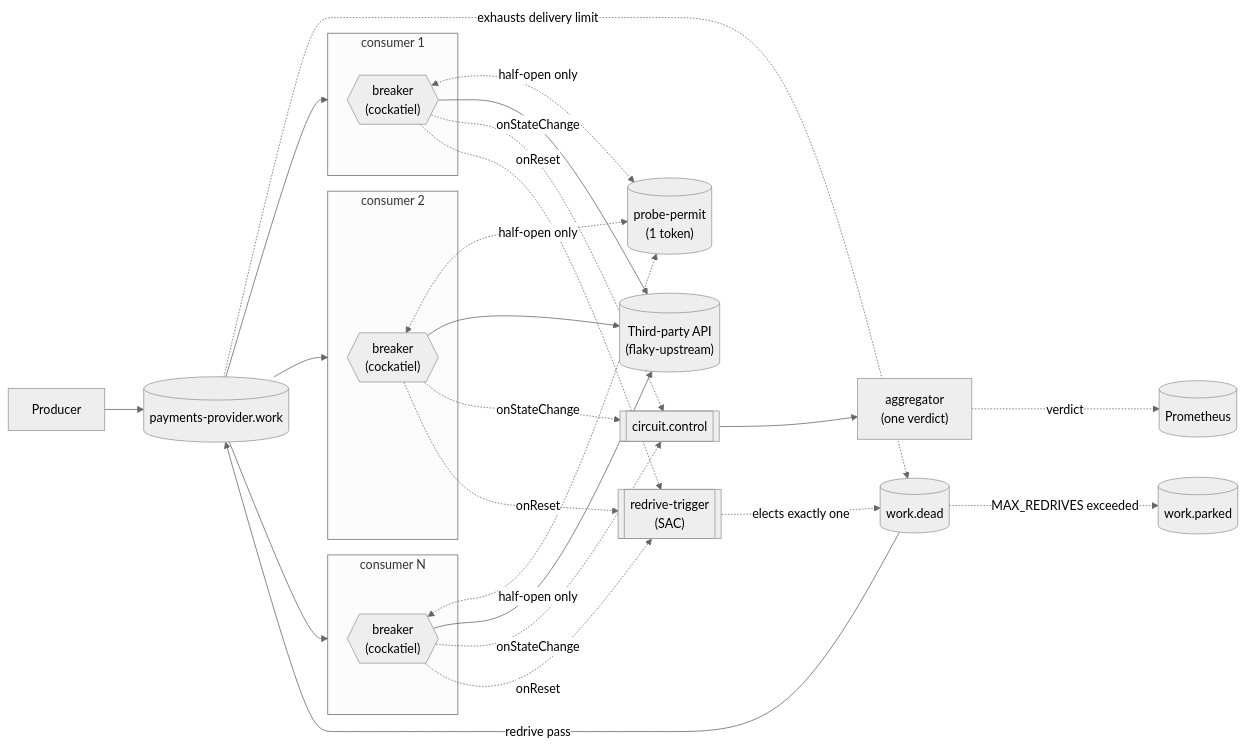
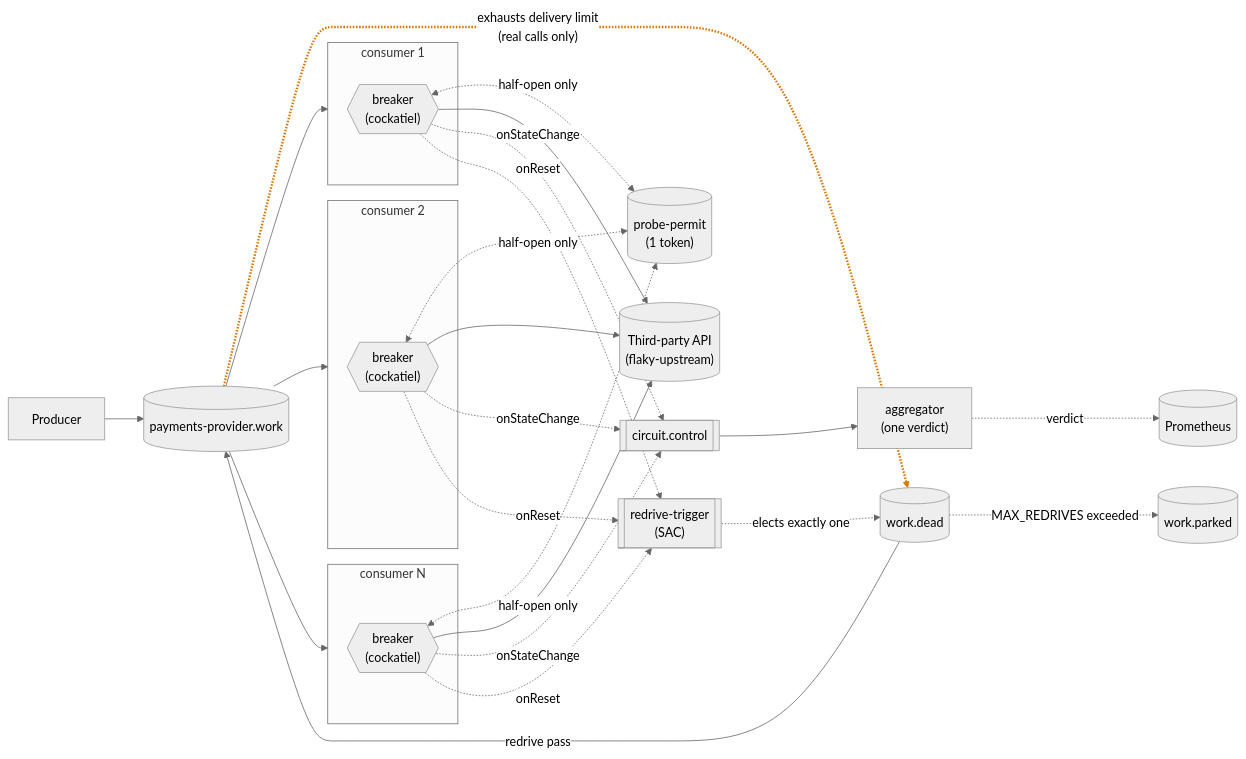
One commit to lsfera/circuit-breaker-unboxing changed the diagram in README.md. Above: the diagram before and after it, drawn with Mermaid (neutral theme). The commit also changed other lines of this file, not shown here.

Commit message:
Colour what this branch changes in the README diagram
Nothing new appears on 06, which is why its diagram was identical to 05's: the change is that a turned-away message no longer spends the delivery budget. The dead-letter edge now says so ("real calls only") and is amber, with a one-line key under the diagram.

````diff
--- a/README.md
+++ b/README.md
@@ -15,40 +15,42 @@
 ```mermaid
 flowchart LR
   producer["Producer"] --> queue[("payments-provider.work")]
   permit[("probe-permit\n(1 token)")]
   control[["circuit.control"]]
   aggregator["aggregator\n(one verdict)"]
   dead[("work.dead")]
   parked[("work.parked")]
   rtrigger[["redrive-trigger\n(SAC)"]]
   subgraph c1["consumer 1"]
     b1{{"breaker\n(cockatiel)"}}
   end
   subgraph c2["consumer 2"]
     b2{{"breaker\n(cockatiel)"}}
   end
   subgraph c3["consumer N"]
     b3{{"breaker\n(cockatiel)"}}
   end
   queue --> c1
   queue --> c2
   queue --> c3
   b1 <-.->|"half-open only"| permit
   b2 <-.->|"half-open only"| permit
   b3 <-.->|"half-open only"| permit
   b1 --> api[("Third-party API\n(flaky-upstream)")]
   b2 --> api
   b3 --> api
   b1 -.->|"onStateChange"| control
   b2 -.->|"onStateChange"| control
   b3 -.->|"onStateChange"| control
   control --> aggregator
   aggregator -.->|"verdict"| prom[("Prometheus")]
-  queue -.->|"exhausts delivery limit"| dead
+  queue -.->|"exhausts delivery limit\n(real calls only)"| dead
   b1 -.->|"onReset"| rtrigger
   b2 -.->|"onReset"| rtrigger
   b3 -.->|"onReset"| rtrigger
   rtrigger -.->|"elects exactly one"| dead
   dead -->|"redrive pass"| queue
   dead -.->|"MAX_REDRIVES exceeded"| parked
+  classDef new fill:#fde68a,stroke:#b45309,stroke-width:2px,color:#1c1917
+  linkStyle 15 stroke:#d97706,stroke-width:3px
 ```
````
